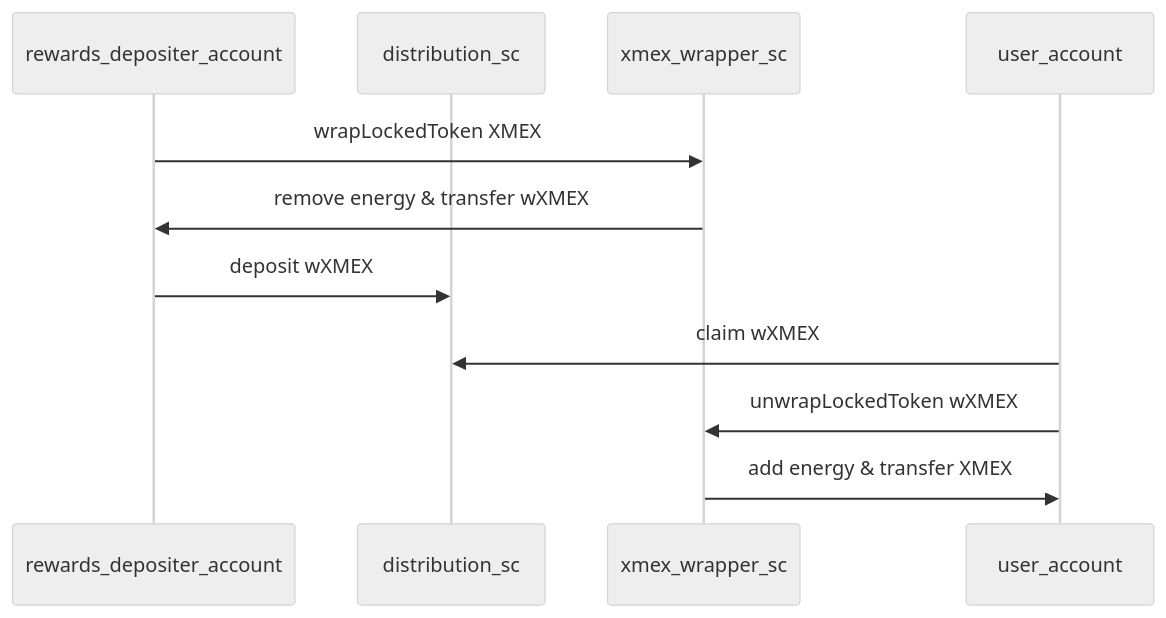
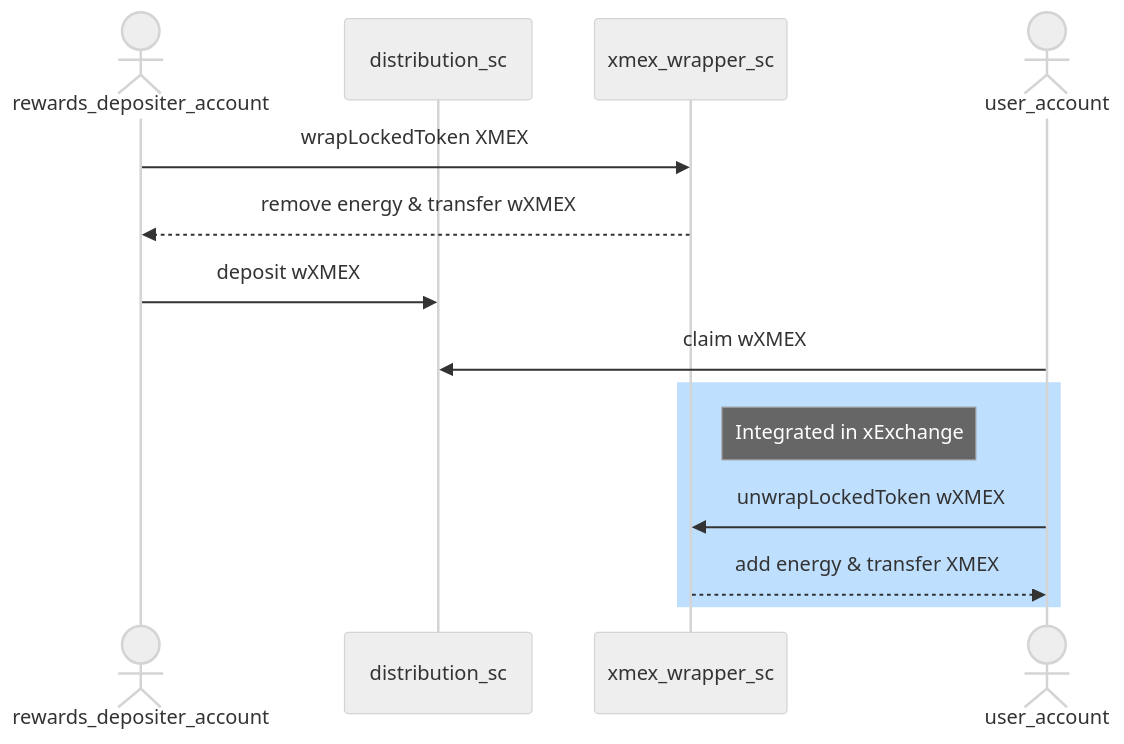
The diagram in LKMEX-whitelist/whitelist_request_template.md (multiversx/mx-specs), drawn with Mermaid (neutral theme) before and after one commit. The commit also changed other lines of this file, not shown here.

Commit message:
improvements

````diff
--- a/LKMEX-whitelist/whitelist_request_template.md
+++ b/LKMEX-whitelist/whitelist_request_template.md
@@ -46,13 +46,16 @@
 ```mermaid
 sequenceDiagram
-    participant rewards_depositer_account
+    actor rewards_depositer_account
     participant distribution_sc
     participant xmex_wrapper_sc
-    participant user_account
+    actor user_account
     rewards_depositer_account->>xmex_wrapper_sc: wrapLockedToken XMEX
-    xmex_wrapper_sc->>rewards_depositer_account: remove energy & transfer wXMEX
+    xmex_wrapper_sc-->>rewards_depositer_account: remove energy & transfer wXMEX
     rewards_depositer_account->>distribution_sc: deposit wXMEX
     user_account->>distribution_sc: claim wXMEX
+    rect rgb(191, 223, 255)
+    note right of xmex_wrapper_sc: Integrated in xExchange
     user_account->>xmex_wrapper_sc: unwrapLockedToken wXMEX
-    xmex_wrapper_sc->>user_account: add energy & transfer XMEX
+    xmex_wrapper_sc-->>user_account: add energy & transfer XMEX
+    end
 ```
````
